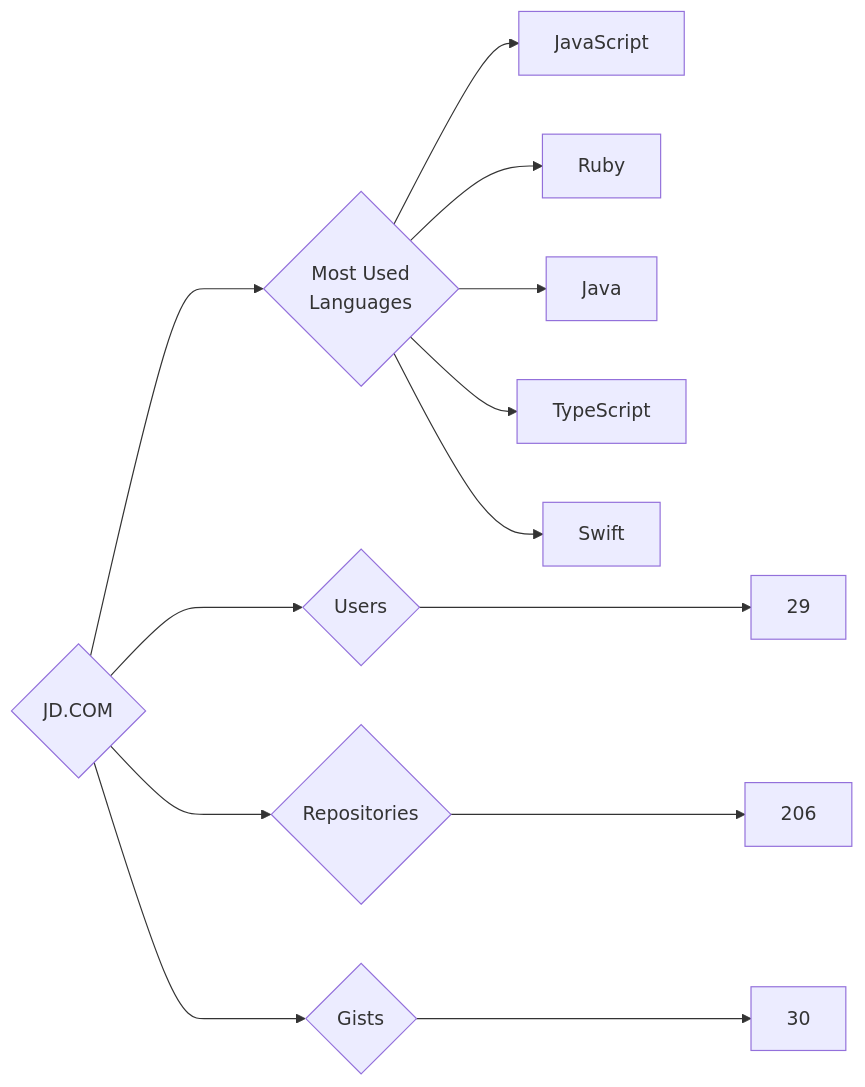
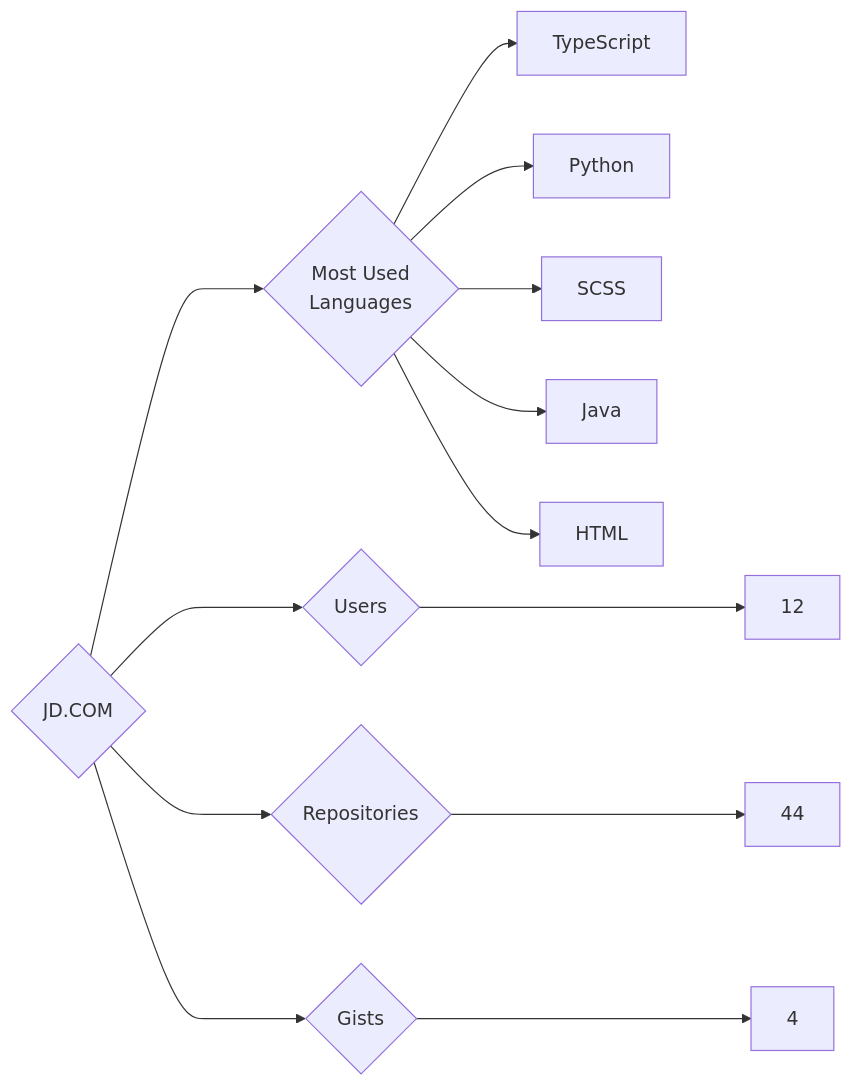
One commit to trickest/insiders changed the diagram in targets/JD.COM/README.md. Above: the diagram before and after it, drawn with Mermaid. The commit also changed 878 other files, not shown here.

````diff
--- a/targets/JD.COM/README.md
+++ b/targets/JD.COM/README.md
@@ -3,13 +3,13 @@
 ```mermaid
 graph LR
 COMPANY_NAME{JD.COM}
-COMPANY_NAME ---> U{Users} ---> UN[29]
-COMPANY_NAME ---> R{Repositories} ---> RN[206]
-COMPANY_NAME ---> G{Gists} ---> GN[30]
+COMPANY_NAME ---> U{Users} ---> UN[12]
+COMPANY_NAME ---> R{Repositories} ---> RN[44]
+COMPANY_NAME ---> G{Gists} ---> GN[4]
 COMPANY_NAME ---> ML{Most Used<br>Languages}
-ML --> JavaScript[JavaScript]
-ML --> Ruby[Ruby]
+ML --> TypeScript[TypeScript]
+ML --> Python[Python]
+ML --> SCSS[SCSS]
 ML --> Java[Java]
-ML --> TypeScript[TypeScript]
-ML --> Swift[Swift]
+ML --> HTML[HTML]
 ```
````
